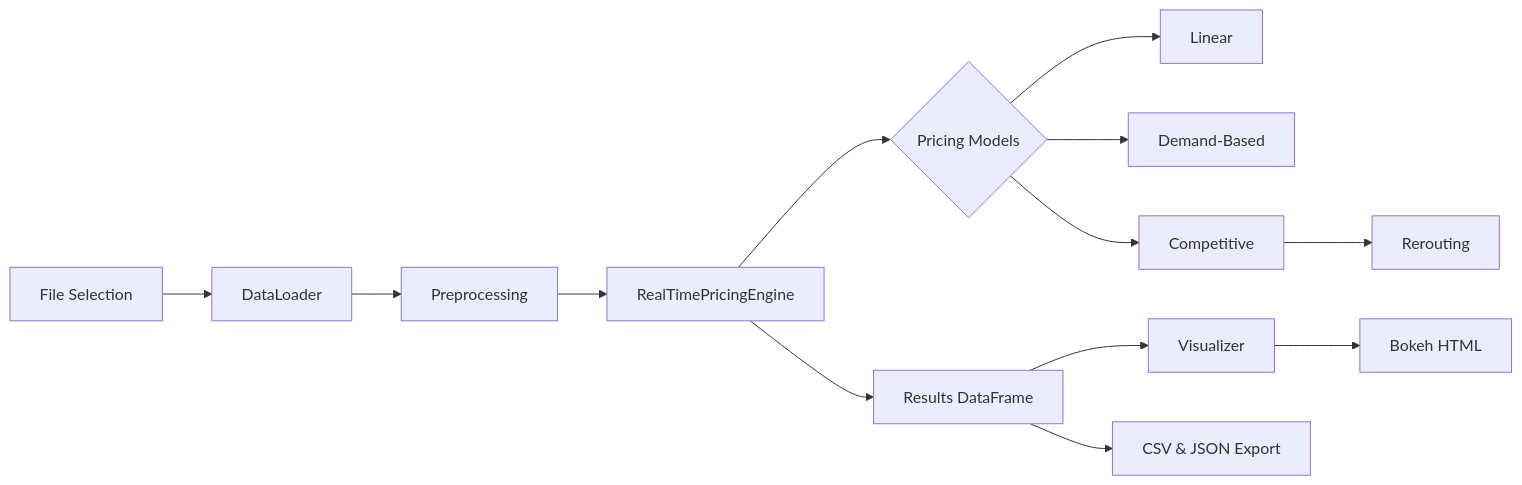
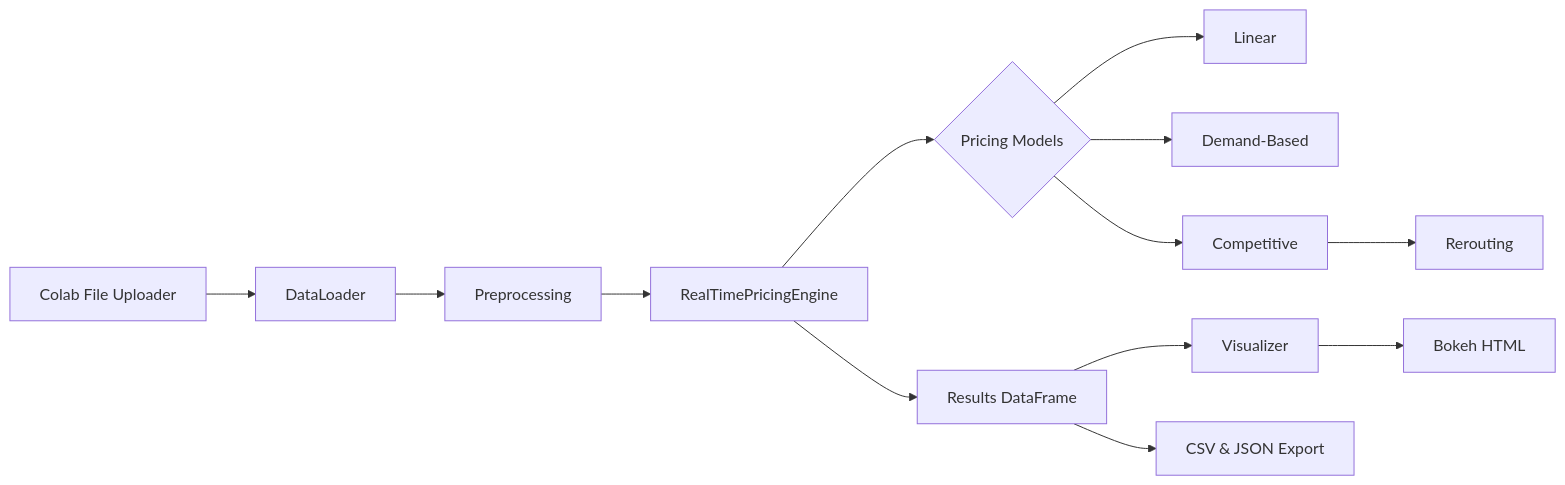
The diagram in README.md (suyash0111/IIT-Guwahati-Summer-Analytics-Hackathon), drawn with Mermaid before and after one commit. The commit also changed other lines of this file, not shown here.

````diff
--- a/README.md
+++ b/README.md
@@ -26,15 +28,15 @@
 ```mermaid
 flowchart LR
-  A[File Selection] --> B[DataLoader]
+  A[Colab File Uploader] --> B[DataLoader]
   B --> C[Preprocessing]
   C --> D[RealTimePricingEngine]
   D --> E{Pricing Models}
   E --> E1[Linear]
   E --> E2[Demand-Based]
   E --> E3[Competitive]
   E3 --> F[Rerouting]
   D --> G[Results DataFrame]
   G --> H[Visualizer]
   G --> I[CSV & JSON Export]
   H --> J[Bokeh HTML]
 ```
````
